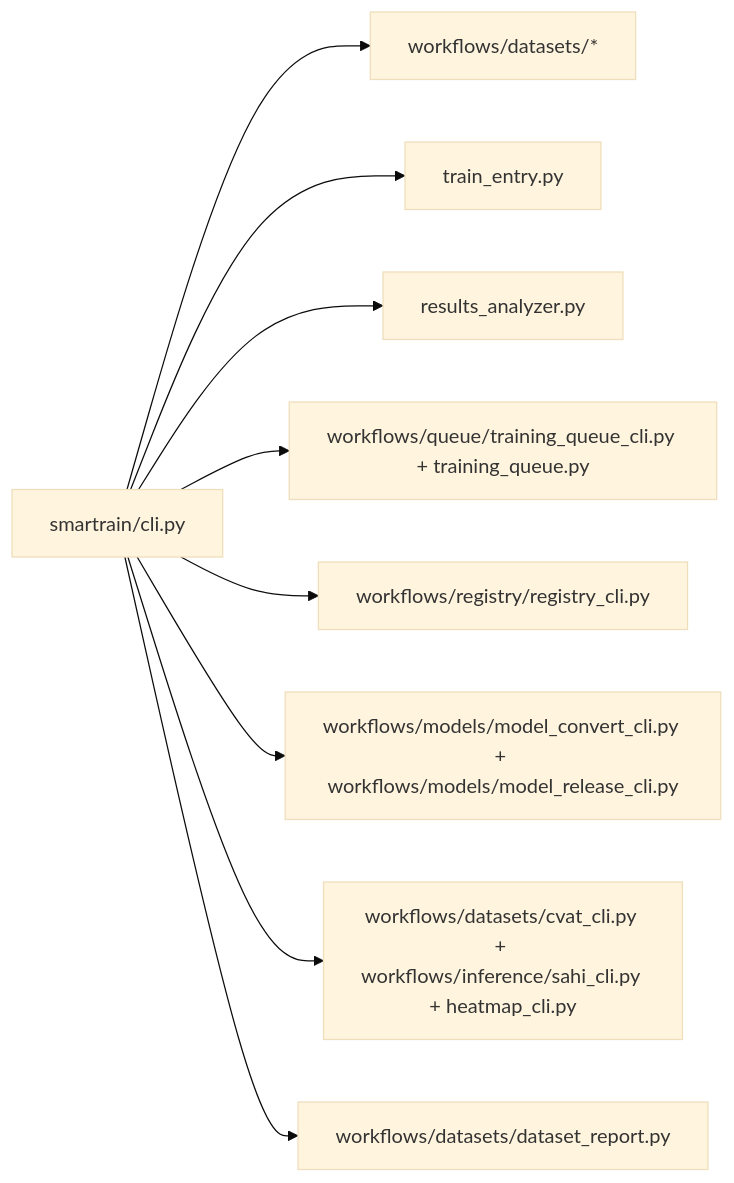
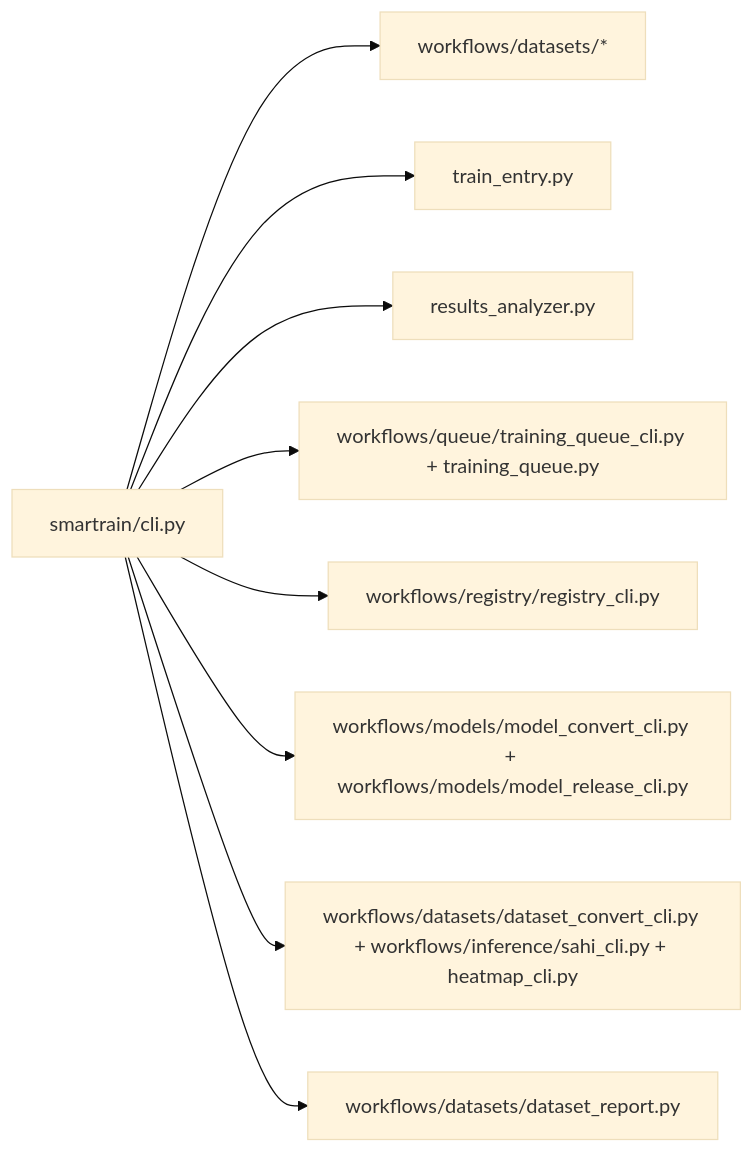
Before and after one commit to aicommunity/SmarTrain: the diagram in docs/reference/api.md, drawn with Mermaid (base theme). The commit also changed other lines of this file and 26 other files, not shown here.

First line of the commit message:
feat(dataset): consolidate format converters under dataset convert

````diff
--- a/docs/reference/api.md
+++ b/docs/reference/api.md
@@ -65,12 +66,12 @@
 ```mermaid
 flowchart LR
     cliRouter["smartrain/cli.py"]
     cliRouter --> datasetsBlock["workflows/datasets/*"]
     cliRouter --> trainBlock["train_entry.py"]
     cliRouter --> analyzeBlock["results_analyzer.py"]
     cliRouter --> queueBlock["workflows/queue/training_queue_cli.py + training_queue.py"]
     cliRouter --> registryBlock["workflows/registry/registry_cli.py"]
     cliRouter --> modelBlock["workflows/models/model_convert_cli.py + workflows/models/model_release_cli.py"]
-    cliRouter --> ioBlock["workflows/datasets/cvat_cli.py + workflows/inference/sahi_cli.py + heatmap_cli.py"]
+    cliRouter --> ioBlock["workflows/datasets/dataset_convert_cli.py + workflows/inference/sahi_cli.py + heatmap_cli.py"]
     cliRouter --> reportBlock["workflows/datasets/dataset_report.py"]
 ```
````
